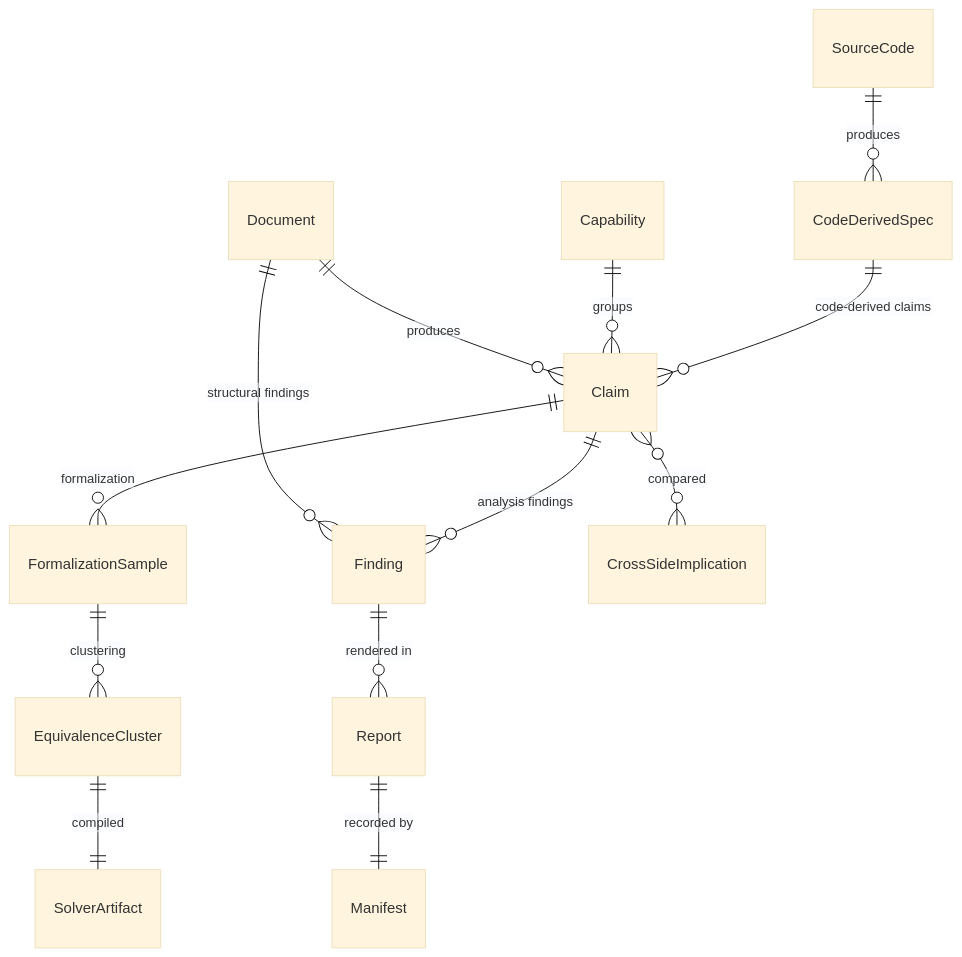
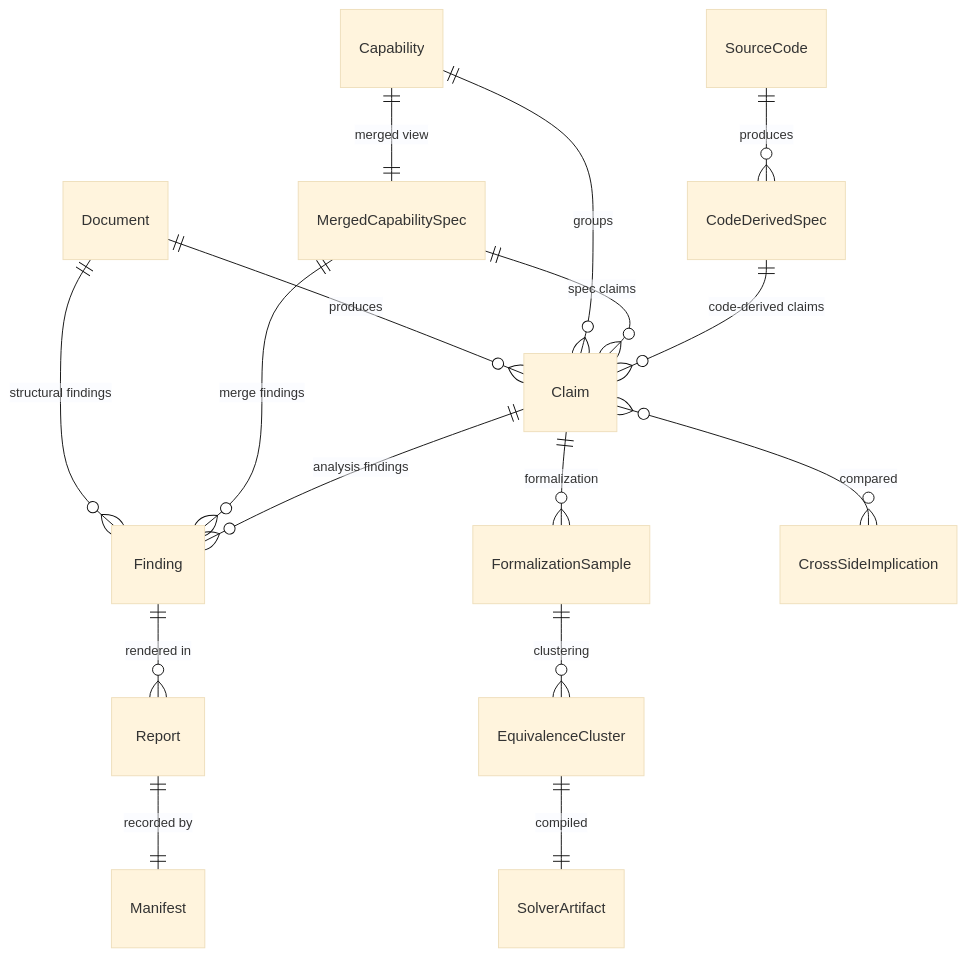
One commit to ohpauleez/spec-check changed the third of 13 diagrams in docs/design.md. Above: the diagram before and after it, drawn with Mermaid (base theme). The commit also changed other lines of this file and 48 other files, not shown here.

Commit message:
spec-check should merge the claims of a Delta spec onto the core specs during logical analysis

````diff
--- a/docs/design.md
+++ b/docs/design.md
@@ -332,15 +336,18 @@
 ```mermaid
 erDiagram
     Document ||--o{ Claim : produces
     Document ||--o{ Finding : "structural findings"
     Capability ||--o{ Claim : groups
+    Capability ||--|| MergedCapabilitySpec : "merged view"
+    MergedCapabilitySpec ||--o{ Claim : "spec claims"
+    MergedCapabilitySpec ||--o{ Finding : "merge findings"
     Claim ||--o{ FormalizationSample : "formalization"
     FormalizationSample ||--o{ EquivalenceCluster : "clustering"
     EquivalenceCluster ||--|| SolverArtifact : "compiled"
     Claim ||--o{ Finding : "analysis findings"
     Finding ||--o{ Report : "rendered in"
     Report ||--|| Manifest : "recorded by"
     SourceCode ||--o{ CodeDerivedSpec : produces
     CodeDerivedSpec ||--o{ Claim : "code-derived claims"
     Claim }o--o{ CrossSideImplication : compared
 ```
````
